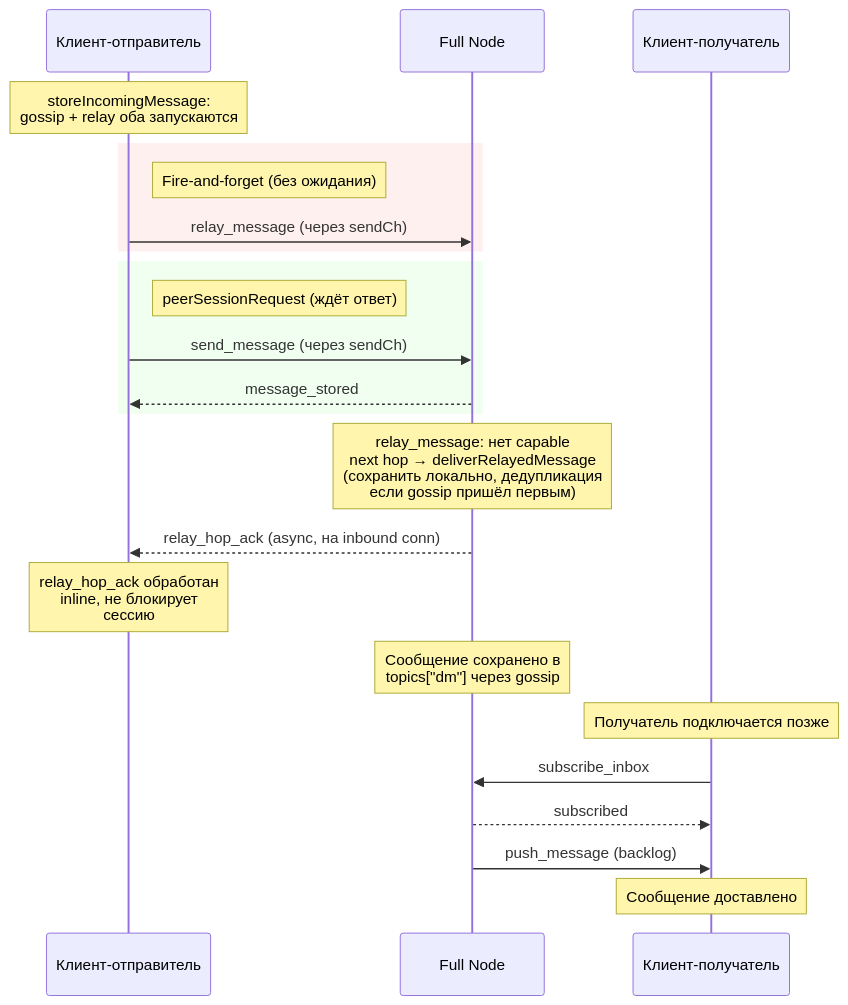
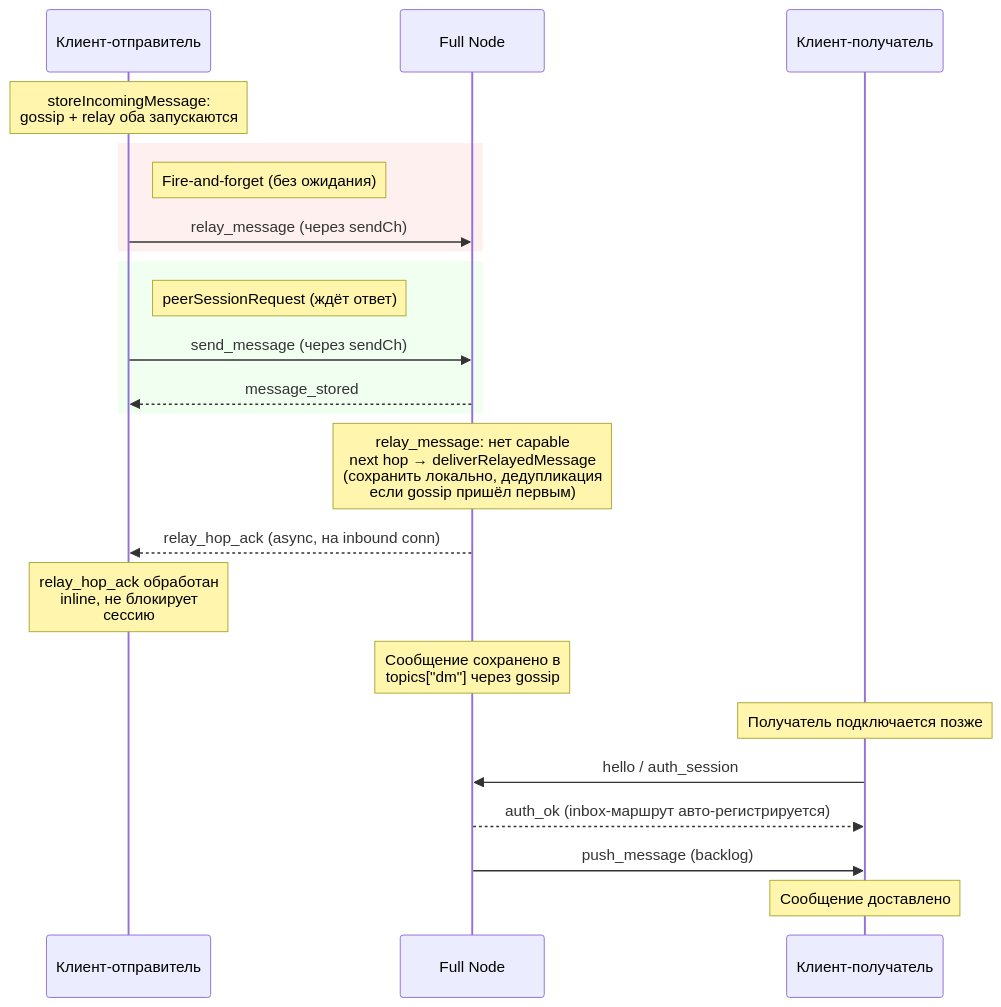
One commit to piratecash/corsa changed the seventh of 8 diagrams in docs/protocol/relay.md. Above: the diagram before and after it, drawn with Mermaid. The commit also changed other lines of this file and 67 other files, not shown here.

````diff
--- a/docs/protocol/relay.md
+++ b/docs/protocol/relay.md
@@ -681,31 +677,31 @@
 ```mermaid
 sequenceDiagram
     participant SC as Клиент-отправитель
     participant FN as Full Node
     participant RC as Клиент-получатель
 
     Note over SC: storeIncomingMessage:<br/>gossip + relay оба запускаются
 
     rect rgb(255, 240, 240)
         Note right of SC: Fire-and-forget (без ожидания)
         SC->>FN: relay_message (через sendCh)
     end
 
     rect rgb(240, 255, 240)
         Note right of SC: peerSessionRequest (ждёт ответ)
         SC->>FN: send_message (через sendCh)
         FN-->>SC: message_stored
     end
 
     Note over FN: relay_message: нет capable<br/>next hop → deliverRelayedMessage<br/>(сохранить локально, дедупликация<br/>если gossip пришёл первым)
     FN-->>SC: relay_hop_ack (async, на inbound conn)
     Note over SC: relay_hop_ack обработан<br/>inline, не блокирует<br/>сессию
 
     Note over FN: Сообщение сохранено в<br/>topics["dm"] через gossip
 
     Note over RC: Получатель подключается позже
-    RC->>FN: subscribe_inbox
-    FN-->>RC: subscribed
+    RC->>FN: hello / auth_session
+    FN-->>RC: auth_ok (inbox-маршрут авто-регистрируется)
     FN->>RC: push_message (backlog)
     Note over RC: Сообщение доставлено
 ```
````
